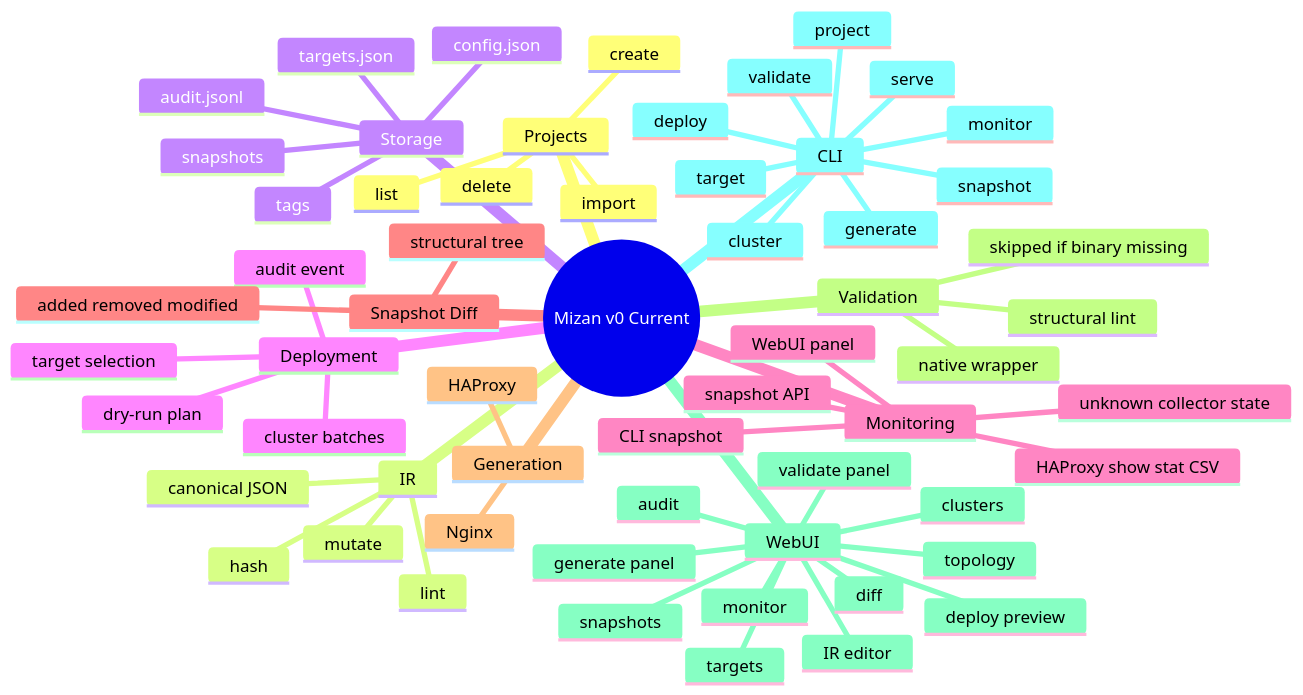
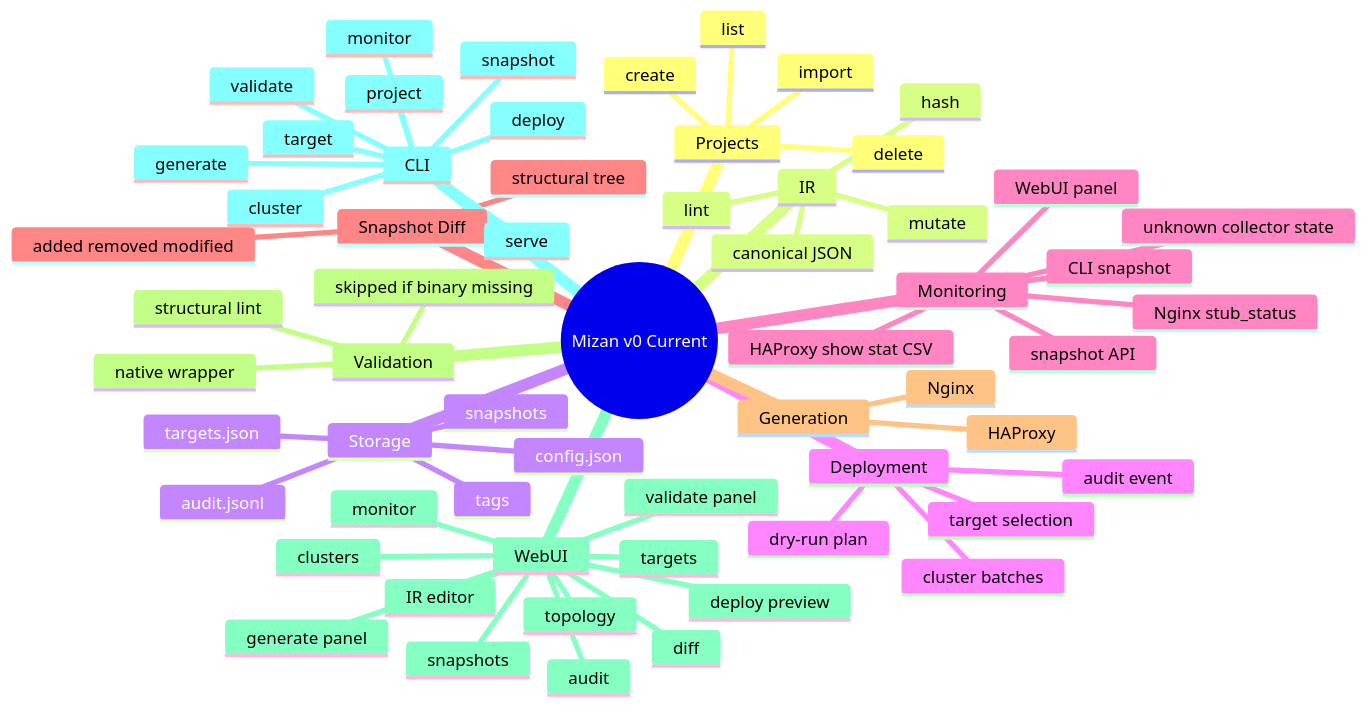
Diagram 17 of 18 in ARCHITECTURE.md (ersinkoc/Mizan), drawn with Mermaid before and after one commit. The commit also changed other lines of this file and 6 other files, not shown here.

Commit message:
Add Nginx stub status monitor

````diff
--- a/ARCHITECTURE.md
+++ b/ARCHITECTURE.md
@@ -512,63 +522,64 @@
 ```mermaid
 mindmap
   root((Mizan v0 Current))
     Projects
       create
       list
       delete
       import
     IR
       lint
       mutate
       hash
       canonical JSON
     Storage
       config.json
       snapshots
       tags
       audit.jsonl
       targets.json
     Deployment
       dry-run plan
       target selection
       cluster batches
       audit event
     Monitoring
       snapshot API
       CLI snapshot
       WebUI panel
       HAProxy show stat CSV
+      Nginx stub_status
       unknown collector state
     Snapshot Diff
       structural tree
       added removed modified
     Generation
       HAProxy
       Nginx
     Validation
       structural lint
       native wrapper
       skipped if binary missing
     WebUI
       IR editor
       generate panel
       validate panel
       topology
       snapshots
       diff
       targets
       clusters
       deploy preview
       monitor
       audit
     CLI
       serve
       project
       snapshot
       target
       cluster
       generate
       validate
       deploy
       monitor
 ```
````
